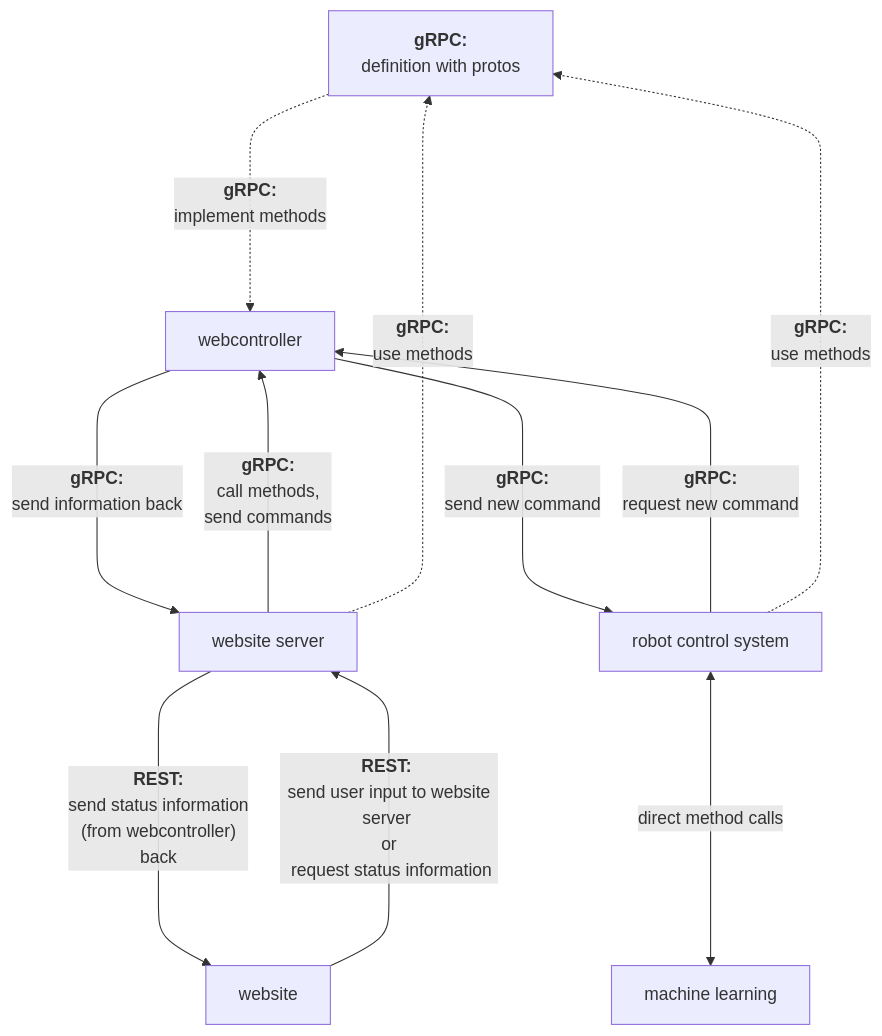
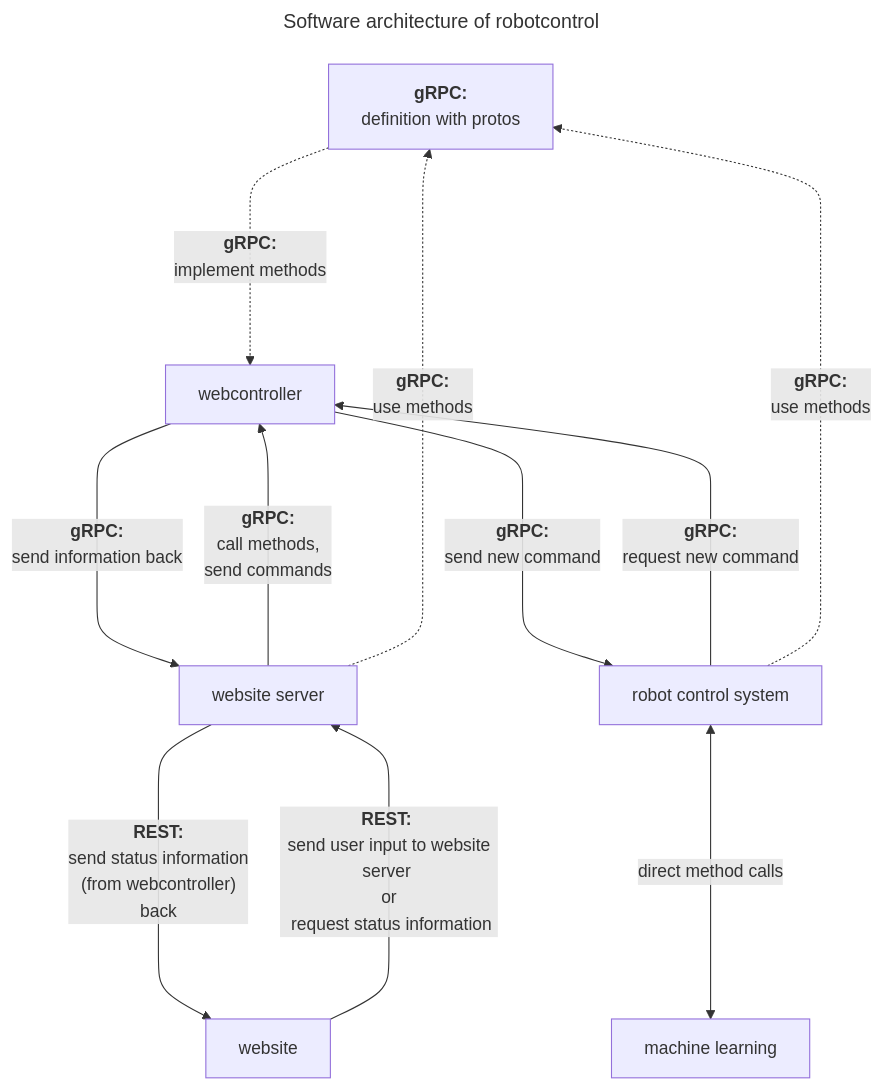
Before and after one commit to BjoernFuertges/Study_Project_Robot_Control: the diagram in README.md, drawn with Mermaid. The commit also changed other lines of this file, not shown here.

Commit message:
Readme: graph: added title

````diff
--- a/README.md
+++ b/README.md
@@ -4,18 +3,21 @@
 ```mermaid
+---
+title: Software architecture of robotcontrol
+---
 graph TD;
     F["<b>gRPC:</b><br>definition with protos"];
     A[webcontroller];
     B["website server"];
     C["robot control system"]
     D["website"];
     E["machine learning"];
     A----> |"<b>gRPC:</b> <br> send information back"| B;
     F -...-> |"<b>gRPC:</b> <br> implement methods"| A;
     B ----> |"<b>gRPC:</b> <br> call methods, <br> send commands"| A;
     A ----> |"<b>gRPC:</b> <br> send new command"| C;
     C ----> |"<b>gRPC:</b> <br> request new command"| A;
     B ----> |"<b>REST:</b> <br> send status information <br> (from webcontroller) <br> back"| D;
     D ----> |"<b>REST:</b> <br> send user input to website server <br> or <br> request status information"| B;
     C <----> |"direct method calls"| E;
     B & C -...-> |"<b>gRPC:</b> <br> use methods"| F;
 ```
````
